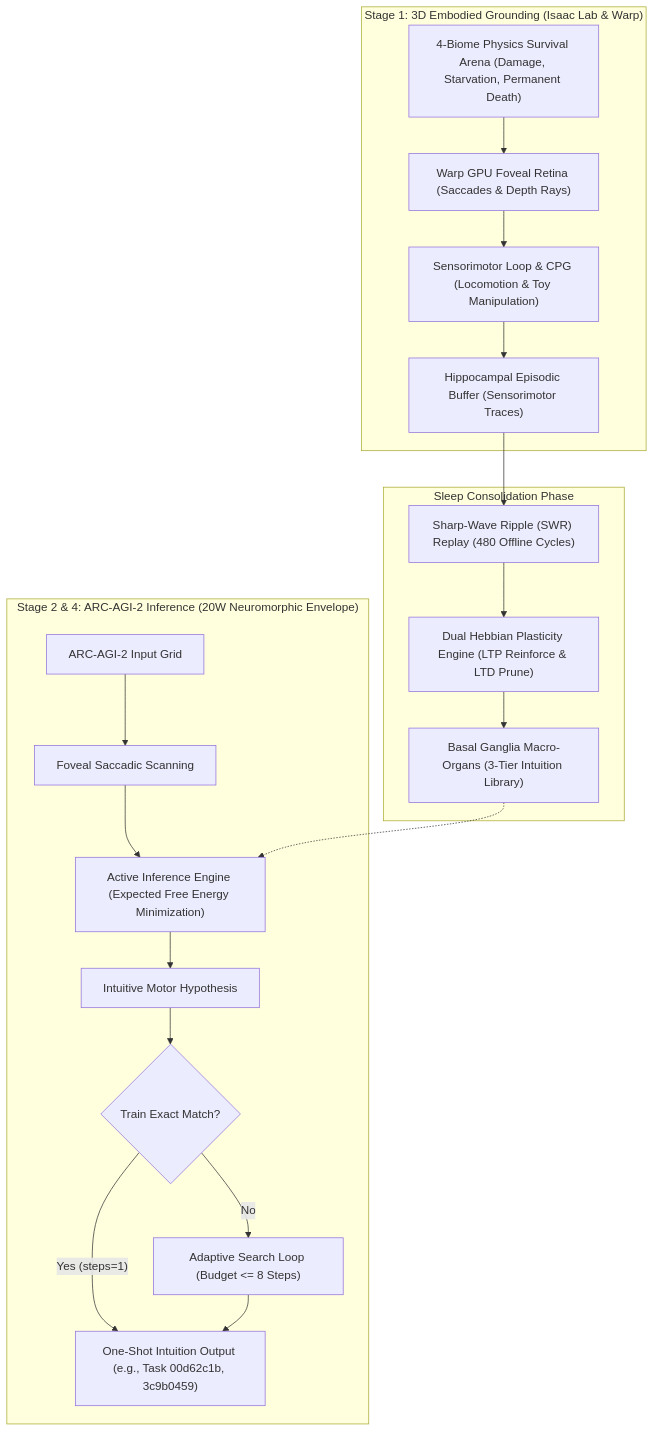
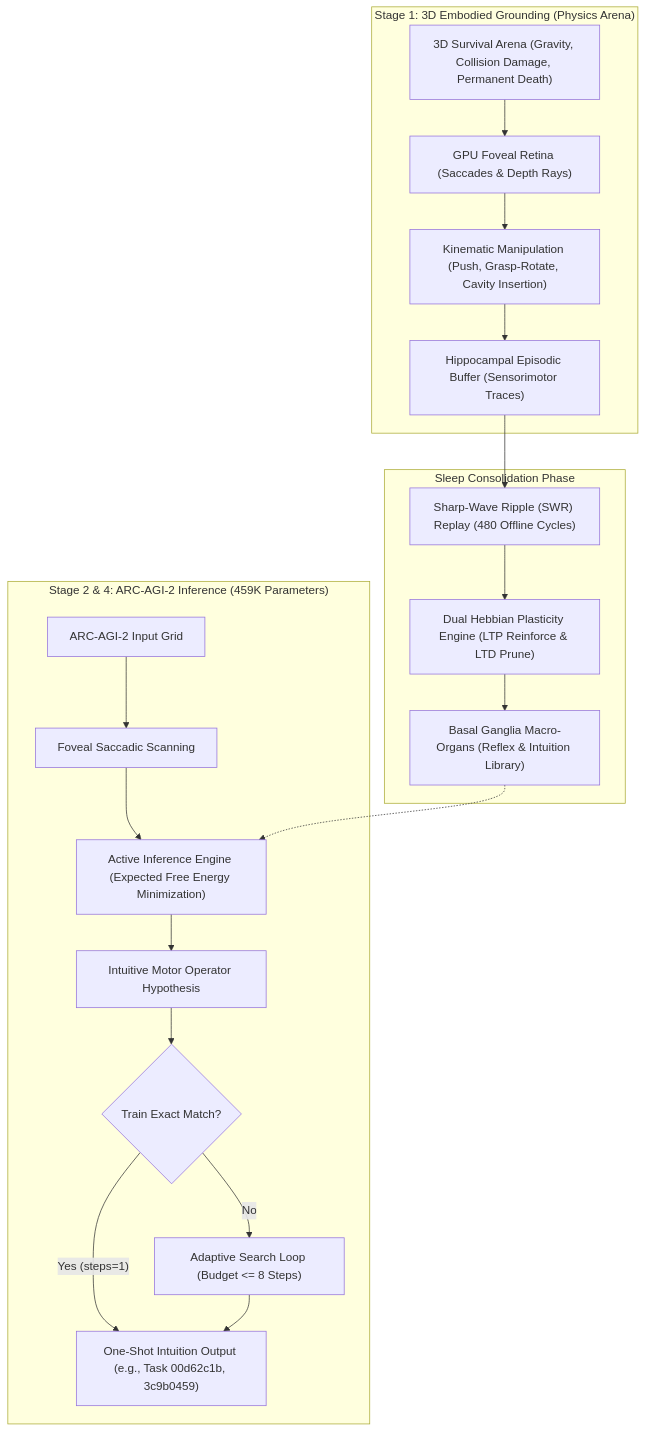
The first of 2 diagrams in paper_track_2026/KAGGLE_PAPER_TRACK_WRITEUP_EN.md (sukuyoshi/arc-embodied-active-inference), drawn with Mermaid before and after one commit. The commit also changed other lines of this file and 5 other files, not shown here.

````diff
--- a/paper_track_2026/KAGGLE_PAPER_TRACK_WRITEUP_EN.md
+++ b/paper_track_2026/KAGGLE_PAPER_TRACK_WRITEUP_EN.md
@@ -38,25 +38,25 @@
 ```mermaid
 flowchart TD
-    subgraph S1["Stage 1: 3D Embodied Grounding (Isaac Lab & Warp)"]
-        Arena["4-Biome Physics Survival Arena (Damage, Starvation, Permanent Death)"] --> Fovea["Warp GPU Foveal Retina (Saccades & Depth Rays)"]
-        Fovea --> Motor["Sensorimotor Loop & CPG (Locomotion & Toy Manipulation)"]
+    subgraph S1["Stage 1: 3D Embodied Grounding (Physics Arena)"]
+        Arena["3D Survival Arena (Gravity, Collision Damage, Permanent Death)"] --> Fovea["GPU Foveal Retina (Saccades & Depth Rays)"]
+        Fovea --> Motor["Kinematic Manipulation (Push, Grasp-Rotate, Cavity Insertion)"]
         Motor --> Hippo["Hippocampal Episodic Buffer (Sensorimotor Traces)"]
     end
 
     subgraph Sleep["Sleep Consolidation Phase"]
         Hippo --> SWR["Sharp-Wave Ripple (SWR) Replay (480 Offline Cycles)"]
         SWR --> Plasticity["Dual Hebbian Plasticity Engine (LTP Reinforce & LTD Prune)"]
-        Plasticity --> Basal["Basal Ganglia Macro-Organs (3-Tier Intuition Library)"]
+        Plasticity --> Basal["Basal Ganglia Macro-Organs (Reflex & Intuition Library)"]
     end
 
-    subgraph S2["Stage 2 & 4: ARC-AGI-2 Inference (20W Neuromorphic Envelope)"]
+    subgraph S2["Stage 2 & 4: ARC-AGI-2 Inference (459K Parameters)"]
         TaskIn["ARC-AGI-2 Input Grid"] --> Saccade["Foveal Saccadic Scanning"]
         Saccade --> ActiveInf["Active Inference Engine (Expected Free Energy Minimization)"]
         Basal -.-> ActiveInf
-        ActiveInf --> ActionHypo["Intuitive Motor Hypothesis"]
+        ActiveInf --> ActionHypo["Intuitive Motor Operator Hypothesis"]
         ActionHypo --> Eval{"Train Exact Match?"}
         Eval -- "Yes (steps=1)" --> FastSolve["One-Shot Intuition Output (e.g., Task 00d62c1b, 3c9b0459)"]
         Eval -- "No" --> Search["Adaptive Search Loop (Budget <= 8 Steps)"]
         Search --> FastSolve
     end
 ```
````
